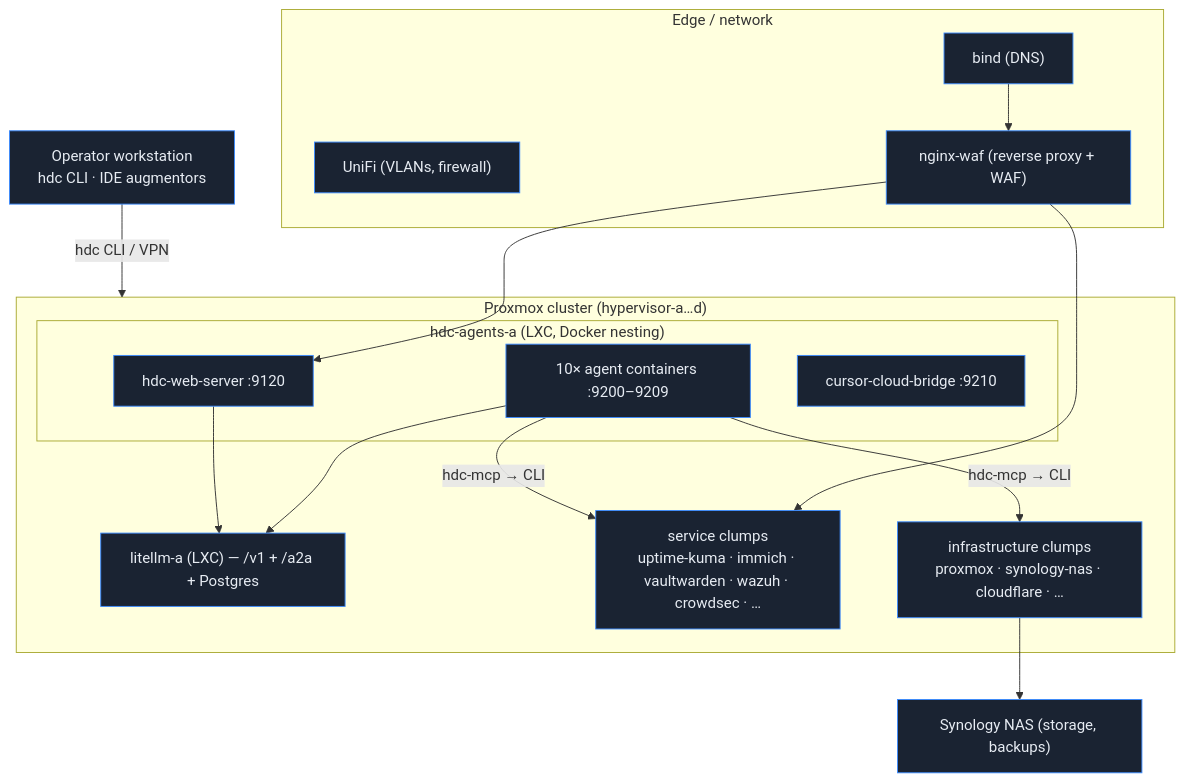
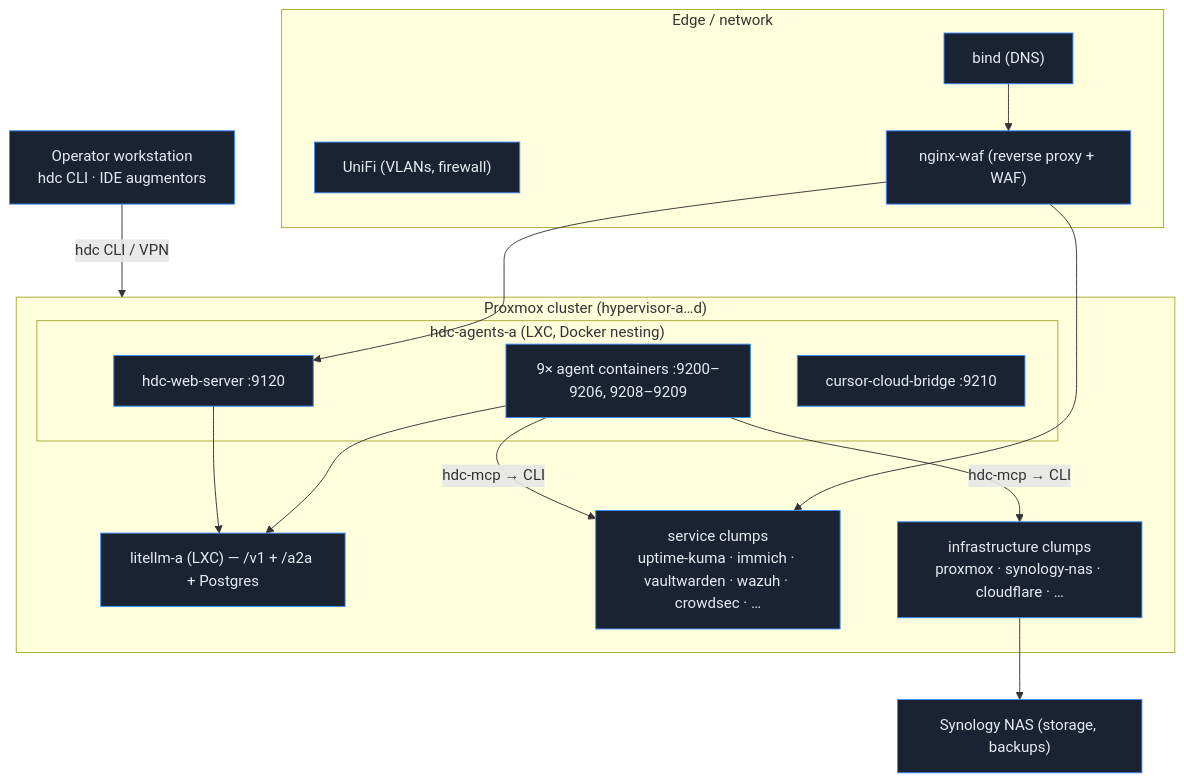
One commit to dukk/hdc changed the sixth of 6 diagrams in ARCHITECTURE.md. Above: the diagram before and after it, drawn with Mermaid. The commit also changed 14 other files, not shown here.

````diff
--- a/ARCHITECTURE.md
+++ b/ARCHITECTURE.md
@@ -395,33 +395,33 @@
 ```mermaid
 flowchart TB
   subgraph edgenet["Edge / network"]
     UNIFI["UniFi (VLANs, firewall)"]
     BIND["bind (DNS)"]
     WAF["nginx-waf (reverse proxy + WAF)"]
   end
 
   subgraph pve["Proxmox cluster (hypervisor-a…d)"]
     subgraph agents["hdc-agents-a (LXC, Docker nesting)"]
       WEB["hdc-web-server :9120"]
-      AC["10× agent containers :9200–9209"]
+      AC["9× agent containers :9200–9206, 9208–9209"]
       SIDE["cursor-cloud-bridge :9210"]
     end
     LITELLM["litellm-a (LXC) — /v1 + /a2a + Postgres"]
     SVCS["service clumps<br/>uptime-kuma · immich · vaultwarden · wazuh · crowdsec · …"]
     INFRA["infrastructure clumps<br/>proxmox · synology-nas · cloudflare · …"]
   end
 
   NAS["Synology NAS (storage, backups)"]
   OPWS["Operator workstation<br/>hdc CLI · IDE augmentors"]
 
   OPWS -->|"hdc CLI / VPN"| pve
   WAF --> WEB & SVCS
   BIND --> WAF
   AC --> LITELLM
   WEB --> LITELLM
   AC -->|"hdc-mcp → CLI"| SVCS & INFRA
   INFRA --> NAS
 
   classDef box fill:#1a2332,stroke:#3d8bfd,color:#e7ecf3;
   class UNIFI,BIND,WAF,WEB,AC,SIDE,LITELLM,SVCS,INFRA,NAS,OPWS box
 ```
````
